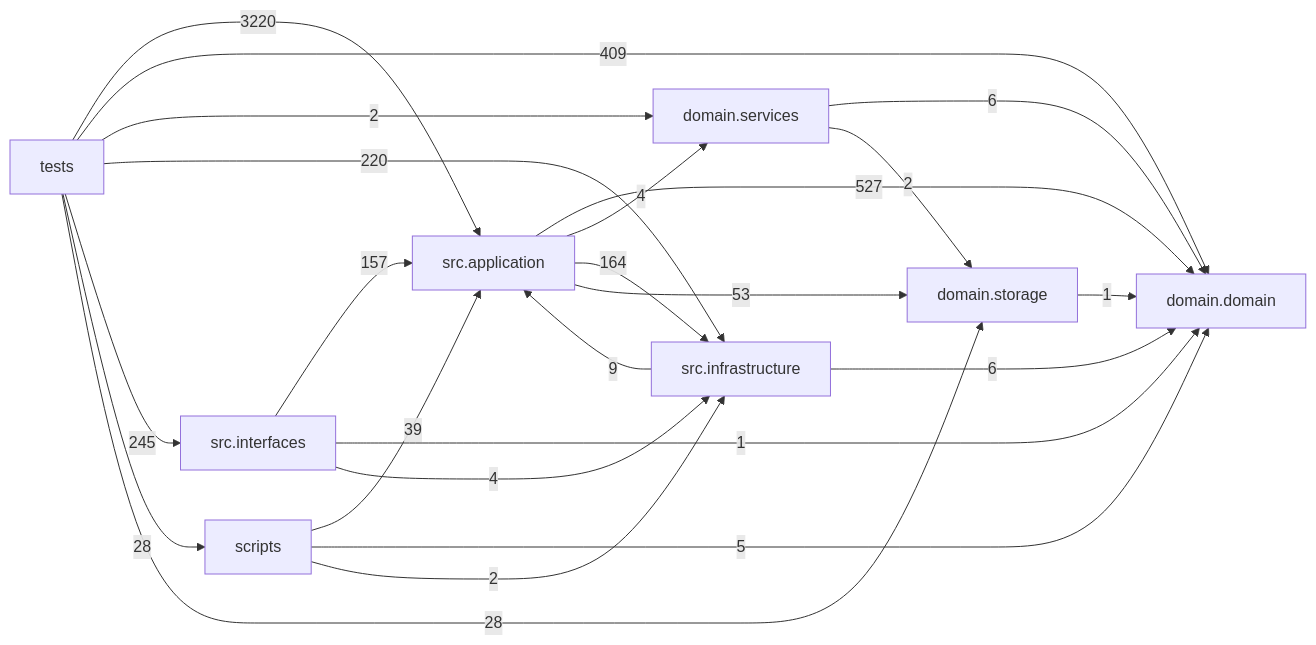
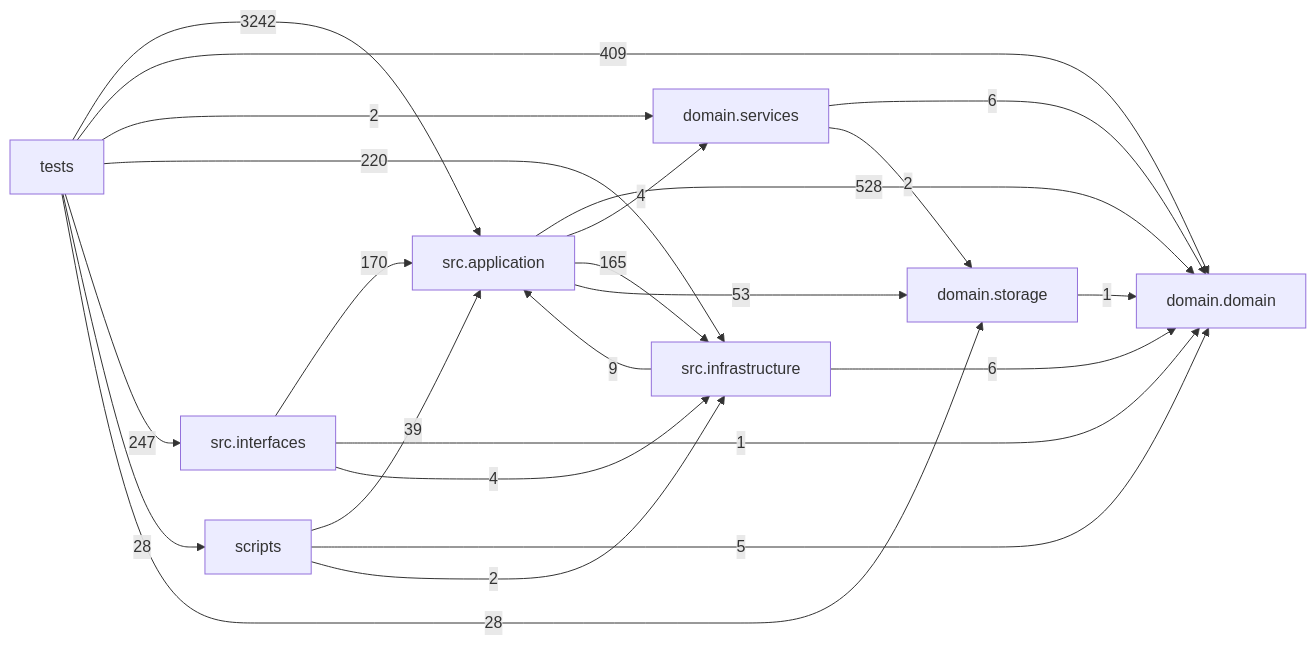
One commit to liuxie066/options-monitor changed the diagram in docs/DEPENDENCY_GRAPH.md. Above: the diagram before and after it, drawn with Mermaid. The commit also changed other lines of this file and 34 other files, not shown here.

````diff
--- a/docs/DEPENDENCY_GRAPH.md
+++ b/docs/DEPENDENCY_GRAPH.md
@@ -24,33 +24,33 @@
 ```mermaid
 flowchart LR
   tests["tests"]
   scripts["scripts"]
   interfaces["src.interfaces"]
   application["src.application"]
   infrastructure["src.infrastructure"]
   domain_services["domain.services"]
   domain["domain.domain"]
   storage["domain.storage"]
-  application -->|527| domain
+  application -->|528| domain
   application -->|4| domain_services
-  application -->|164| infrastructure
+  application -->|165| infrastructure
   application -->|53| storage
   domain_services -->|6| domain
   domain_services -->|2| storage
   infrastructure -->|9| application
   infrastructure -->|6| domain
-  interfaces -->|157| application
+  interfaces -->|170| application
   interfaces -->|1| domain
   interfaces -->|4| infrastructure
   scripts -->|39| application
   scripts -->|5| domain
   scripts -->|2| infrastructure
   storage -->|1| domain
-  tests -->|3220| application
+  tests -->|3242| application
   tests -->|409| domain
   tests -->|2| domain_services
   tests -->|220| infrastructure
-  tests -->|245| interfaces
+  tests -->|247| interfaces
   tests -->|28| scripts
   tests -->|28| storage
 ```
````
